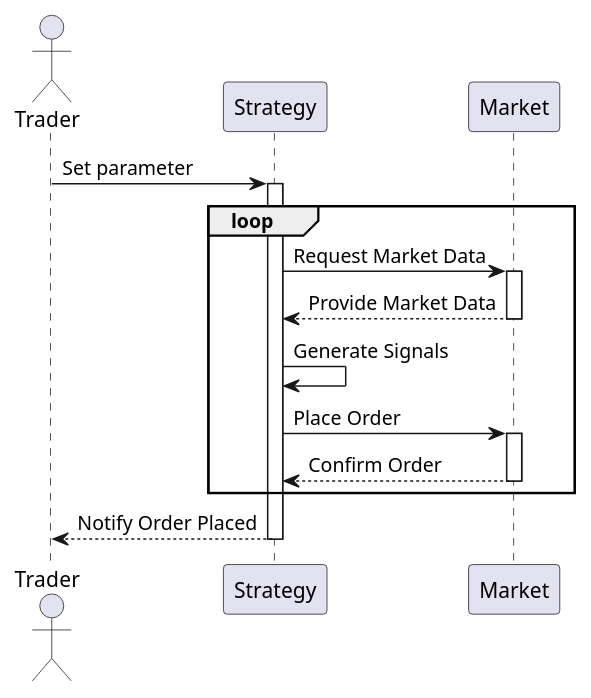
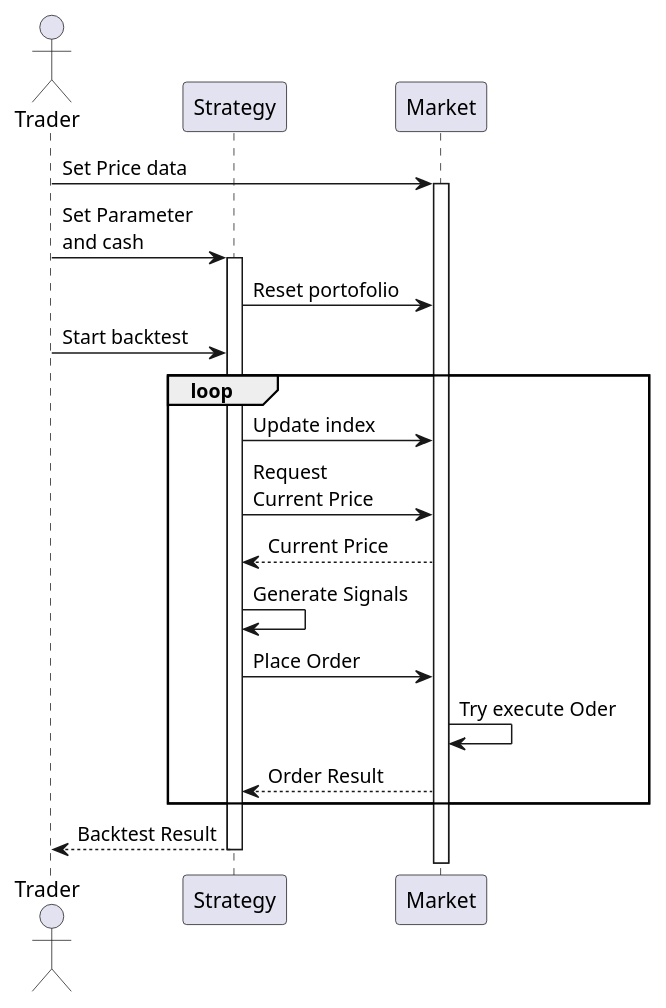
One commit to wooolwooolwoool/bitbacktest changed the diagram in dev_memo/backtest_flow.pu. Above: the diagram before and after it, drawn with PlantUML. The commit also changed 10 other files, not shown here.

```diff
--- a/dev_memo/backtest_flow.pu
+++ b/dev_memo/backtest_flow.pu
@@ -1,25 +1,30 @@
 @startuml
 
 actor Trader
 participant "Strategy" as Strategy
 participant "Market" as Market
 
-Trader -> Strategy: Set parameter
+Trader -> Market: Set Price data
+activate Market
+
+Trader -> Strategy: Set Parameter \nand cash
+activate Strategy
+Strategy -> Market: Reset portofolio
+
+Trader -> Strategy: Start backtest
 loop
-    activate Strategy
-    Strategy -> Market: Request Market Data
-    activate Market
-    Market --> Strategy: Provide Market Data
-    deactivate Market
+    
+    Strategy -> Market: Update index
+    Strategy -> Market: Request \nCurrent Price
+    Market --> Strategy: Current Price
 
     Strategy -> Strategy: Generate Signals
 
     Strategy -> Market: Place Order
-    activate Market
-    Market --> Strategy: Confirm Order
-    deactivate Market
+    Market -> Market: Try execute Oder
+    Market --> Strategy: Order Result
 end
-Strategy --> Trader: Notify Order Placed
+Strategy --> Trader: Backtest Result
 deactivate Strategy
 
 @enduml
```
